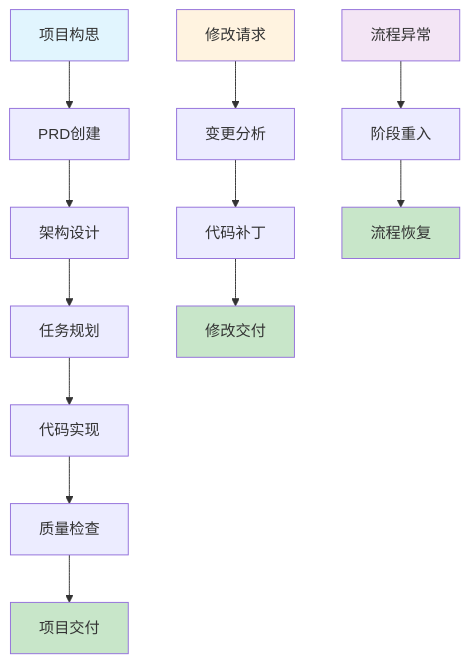
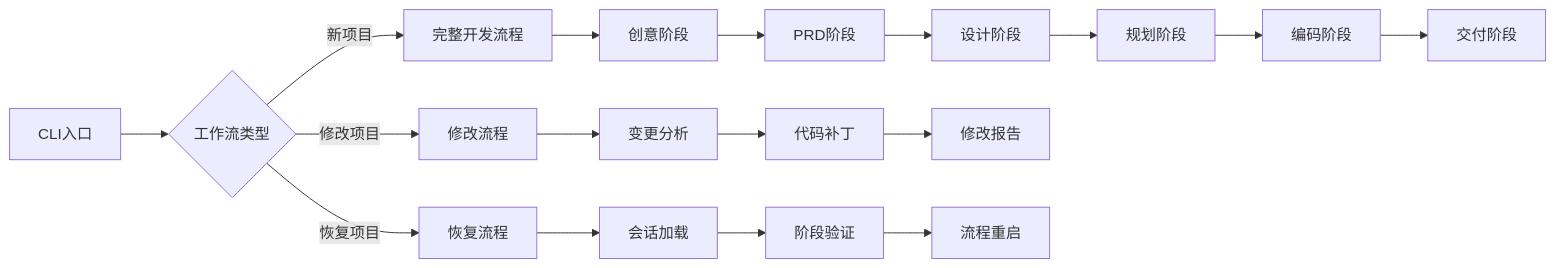
Before and after one commit to sopaco/cowork-forge: the first of 9 diagrams in litho.docs/zh/3、工作流程.md, drawn with Mermaid. The commit also changed other lines of this file and 26 other files, not shown here.

````diff
--- a/litho.docs/zh/3、工作流程.md
+++ b/litho.docs/zh/3、工作流程.md
@@ -14,23 +20,11 @@
 ```mermaid
-graph TB
-    A[项目构思] --> B[PRD创建]
-    B --> C[架构设计]
-    C --> D[任务规划]
-    D --> E[代码实现]
-    E --> F[质量检查]
-    F --> G[项目交付]
-
-    H[修改请求] --> I[变更分析]
-    I --> J[代码补丁]
-    J --> K[修改交付]
-
-    L[流程异常] --> M[阶段重入]
-    M --> N[流程恢复]
-
-    style A fill:#e1f5fe
-    style G fill:#c8e6c9
-    style H fill:#fff3e0
-    style K fill:#c8e6c9
-    style L fill:#f3e5f5
-    style N fill:#c8e6c9
+graph LR
+    A[CLI入口] --> B{工作流类型}
+    B -->|新项目| C[完整开发流程]
+    B -->|修改项目| D[修改流程]
+    B -->|恢复项目| E[恢复流程]
+    
+    C --> C1[创意阶段] --> C2[PRD阶段] --> C3[设计阶段] --> C4[规划阶段] --> C5[编码阶段] --> C6[交付阶段]
+    D --> D1[变更分析] --> D2[代码补丁] --> D3[修改报告]
+    E --> E1[会话加载] --> E2[阶段验证] --> E3[流程重启]
 ```
````
